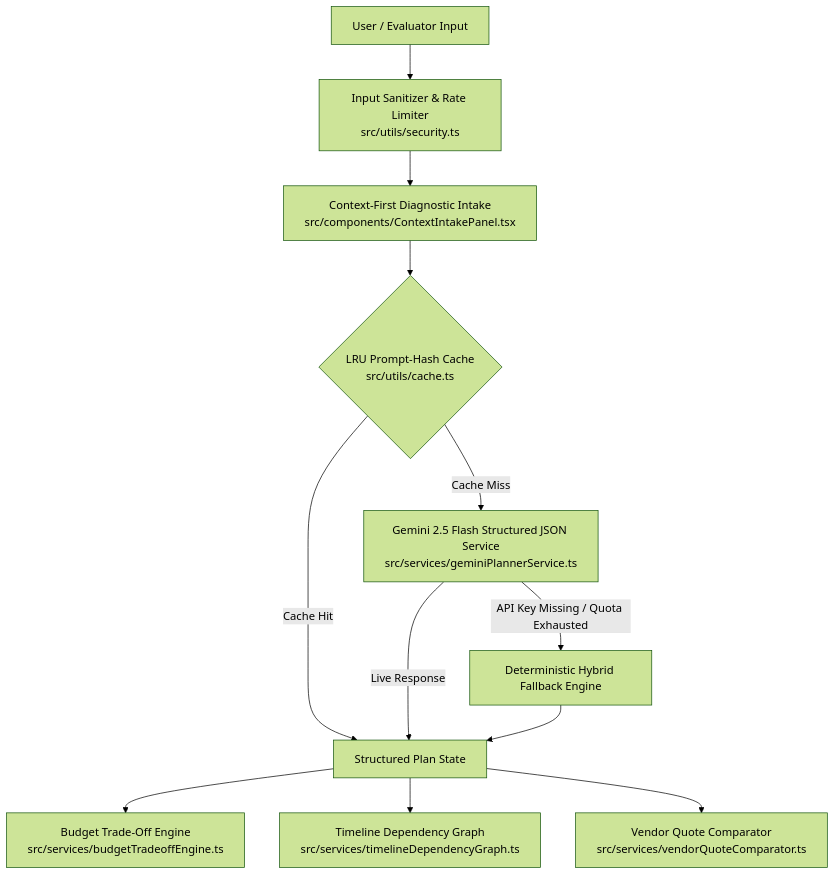
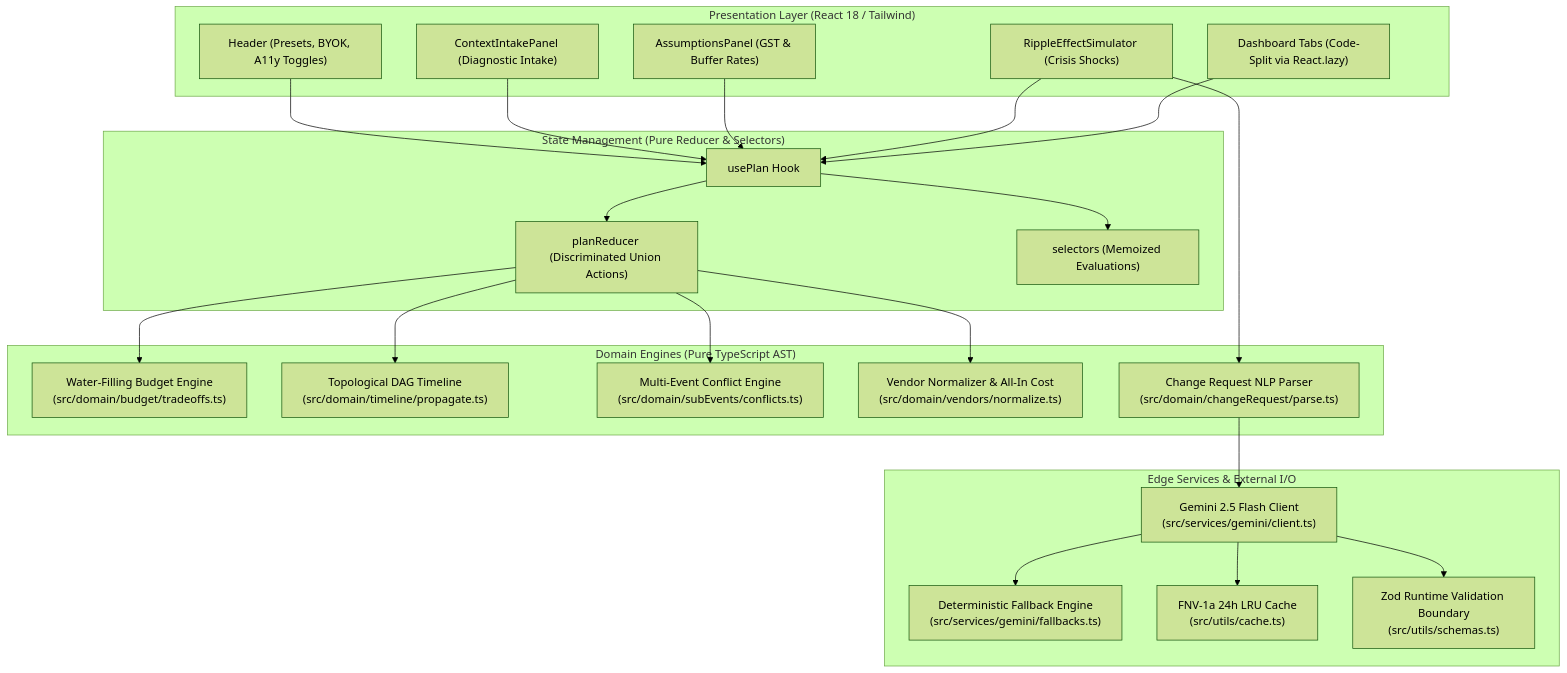
One commit to pranavg21/utsav-ai changed the diagram in README.md. Above: the diagram before and after it, drawn with Mermaid (forest theme). The commit also changed other lines of this file and 98 other files, not shown here.

Commit message:
feat(core): harden UtsavAI with multi-event conflicts, vendor all-in pricing, WCAG audits, and property tests

````diff
--- a/README.md
+++ b/README.md
@@ -34,14 +30,51 @@
 ```mermaid
 flowchart TD
-    A[User / Evaluator Input] --> B[Input Sanitizer & Rate Limiter\nsrc/utils/security.ts]
-    B --> C[Context-First Diagnostic Intake\nsrc/components/ContextIntakePanel.tsx]
-    C --> D{LRU Prompt-Hash Cache\nsrc/utils/cache.ts}
-    D -- Cache Hit --> E[Structured Plan State]
-    D -- Cache Miss --> F[Gemini 2.5 Flash Structured JSON Service\nsrc/services/geminiPlannerService.ts]
-    F -- API Key Missing / Quota Exhausted --> G[Deterministic Hybrid Fallback Engine]
-    F -- Live Response --> E
-    G --> E
-    E --> H[Budget Trade-Off Engine\nsrc/services/budgetTradeoffEngine.ts]
-    E --> I[Timeline Dependency Graph\nsrc/services/timelineDependencyGraph.ts]
-    E --> J[Vendor Quote Comparator\nsrc/services/vendorQuoteComparator.ts]
+  subgraph Presentation ["Presentation Layer (React 18 / Tailwind)"]
+    Header["Header (Presets, BYOK, A11y Toggles)"]
+    Intake["ContextIntakePanel (Diagnostic Intake)"]
+    Assumptions["AssumptionsPanel (GST & Buffer Rates)"]
+    Simulator["RippleEffectSimulator (Crisis Shocks)"]
+    Tabs["Dashboard Tabs (Code-Split via React.lazy)"]
+  end
+
+  subgraph StateCoordination ["State Management (Pure Reducer & Selectors)"]
+    usePlan["usePlan Hook"]
+    planReducer["planReducer (Discriminated Union Actions)"]
+    selectors["selectors (Memoized Evaluations)"]
+  end
+
+  subgraph DomainEngines ["Domain Engines (Pure TypeScript AST)"]
+    Budget["Water-Filling Budget Engine\n(src/domain/budget/tradeoffs.ts)"]
+    Timeline["Topological DAG Timeline\n(src/domain/timeline/propagate.ts)"]
+    SubEvents["Multi-Event Conflict Engine\n(src/domain/subEvents/conflicts.ts)"]
+    Vendors["Vendor Normalizer & All-In Cost\n(src/domain/vendors/normalize.ts)"]
+    ChangeNLP["Change Request NLP Parser\n(src/domain/changeRequest/parse.ts)"]
+  end
+
+  subgraph EdgeServices ["Edge Services & External I/O"]
+    Gemini["Gemini 2.5 Flash Client\n(src/services/gemini/client.ts)"]
+    Fallbacks["Deterministic Fallback Engine\n(src/services/gemini/fallbacks.ts)"]
+    Cache["FNV-1a 24h LRU Cache\n(src/utils/cache.ts)"]
+    Schemas["Zod Runtime Validation Boundary\n(src/utils/schemas.ts)"]
+  end
+
+  Header --> usePlan
+  Intake --> usePlan
+  Assumptions --> usePlan
+  Simulator --> usePlan
+  Tabs --> usePlan
+
+  usePlan --> planReducer
+  usePlan --> selectors
+
+  planReducer --> Budget
+  planReducer --> Timeline
+  planReducer --> SubEvents
+  planReducer --> Vendors
+
+  Simulator --> ChangeNLP
+  ChangeNLP --> Gemini
+  Gemini --> Schemas
+  Gemini --> Cache
+  Gemini --> Fallbacks
 ```
````
